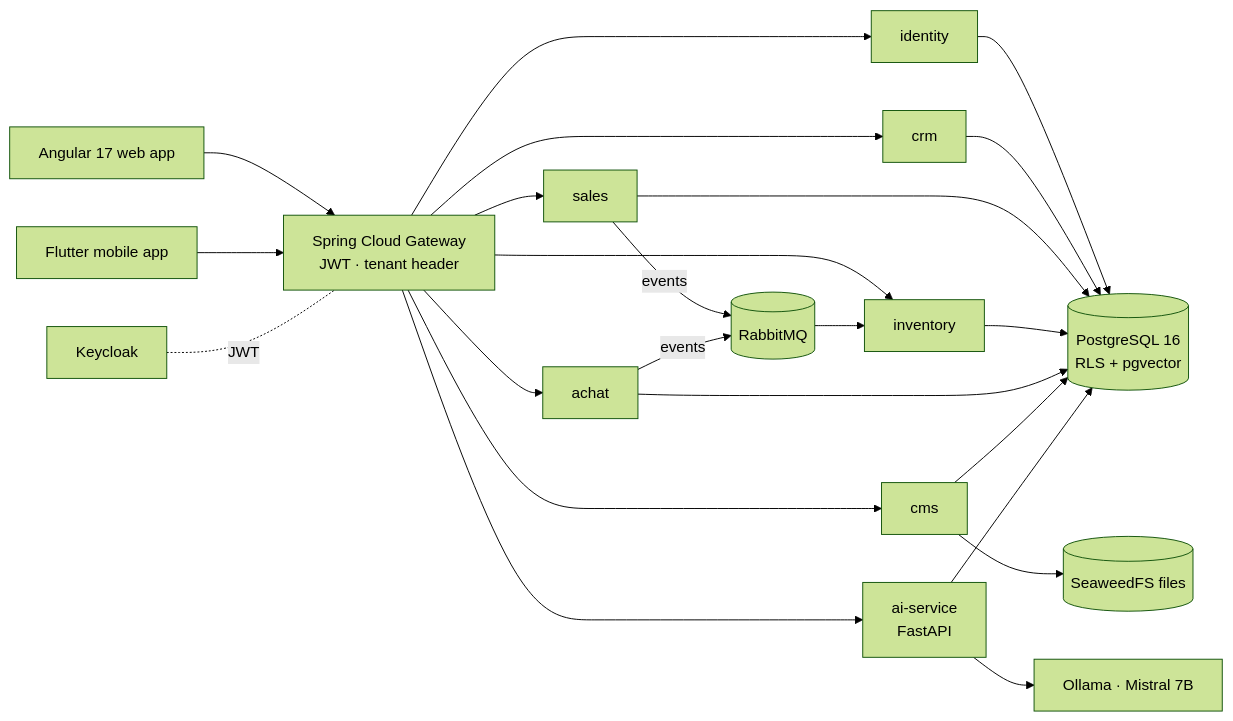
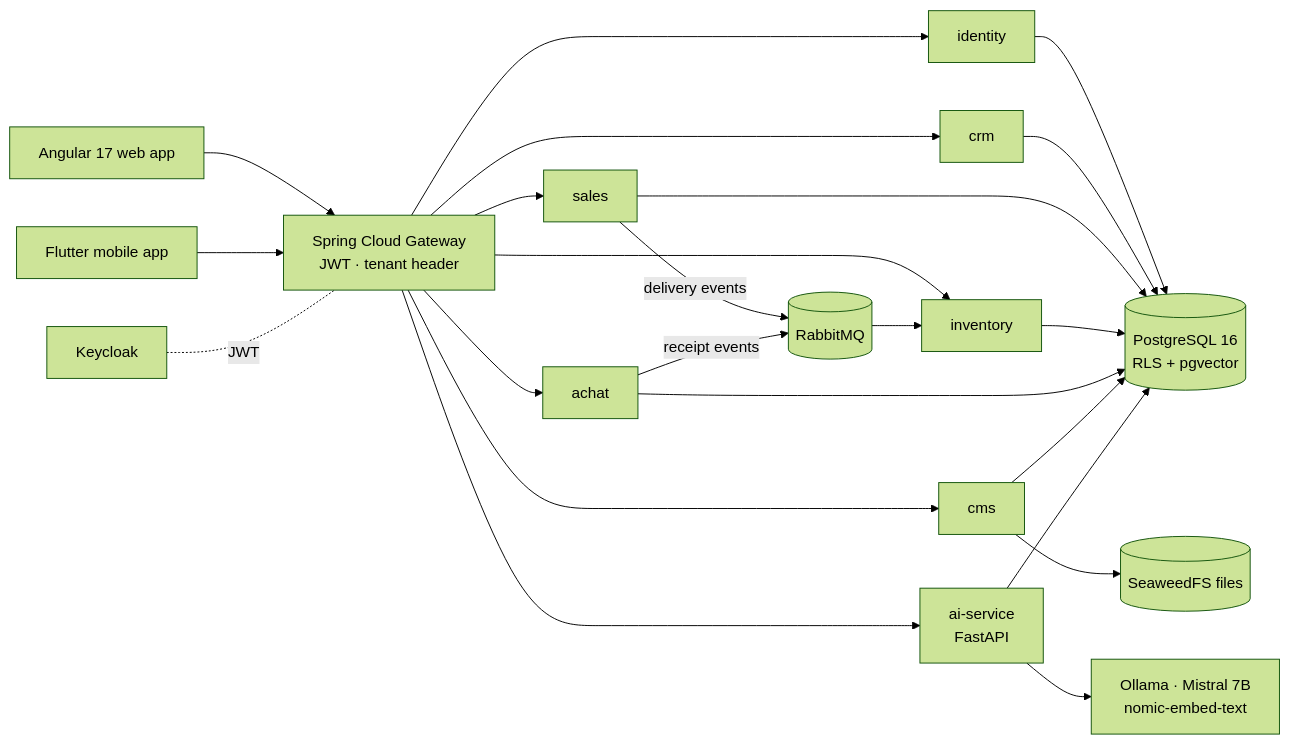
The diagram in README.md (MohamedTrikii/PFA_CRM_ERP_Platform), drawn with Mermaid (forest theme) before and after one commit. The commit also changed other lines of this file and 2 other files, not shown here.

Commit message:
docs: complete README (context, roles, business flows, AI algorithms, security); remove empty Gatling scaffold

````diff
--- a/README.md
+++ b/README.md
@@ -41,20 +86,20 @@
 ```mermaid
 flowchart LR
     W[Angular 17 web app] --> GW
     M[Flutter mobile app] --> GW
     GW[Spring Cloud Gateway<br/>JWT · tenant header] --> ID[identity]
     GW --> CRM[crm]
     GW --> SA[sales]
     GW --> INV[inventory]
     GW --> ACH[achat]
     GW --> CMS[cms]
     GW --> AI[ai-service<br/>FastAPI]
     KC[Keycloak] -. JWT .- GW
-    SA -- events --> MQ[(RabbitMQ)]
-    ACH -- events --> MQ
+    SA -- delivery events --> MQ[(RabbitMQ)]
+    ACH -- receipt events --> MQ
     MQ --> INV
     ID & CRM & SA & INV & ACH & CMS --> PG[(PostgreSQL 16<br/>RLS + pgvector)]
     AI --> PG
-    AI --> OL[Ollama · Mistral 7B]
+    AI --> OL[Ollama · Mistral 7B<br/>nomic-embed-text]
     CMS --> S3[(SeaweedFS files)]
 ```
````
